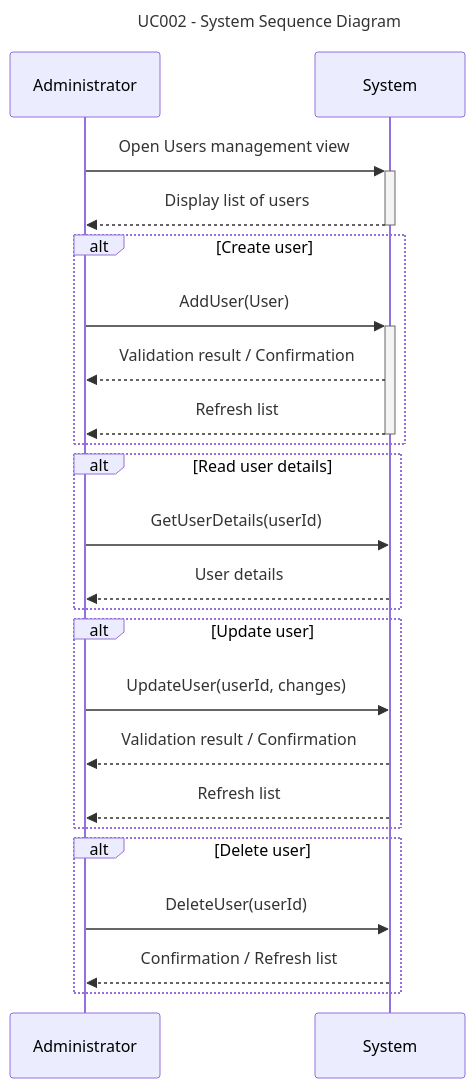
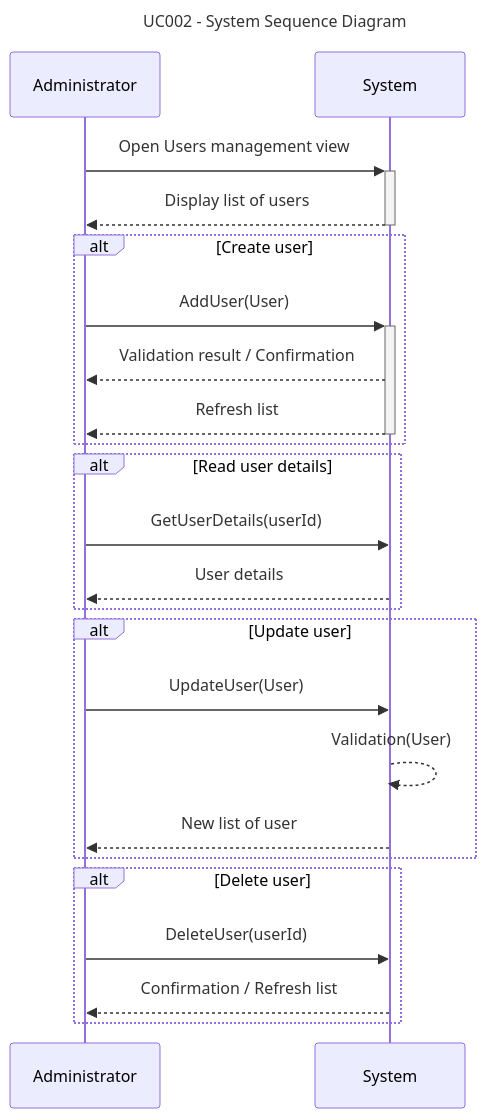
One commit to DMOoF25-TEAM11/ArlaNatureConnect changed the diagram in docs/UseCase002-AdministrateFarmsAndUsers/UC002-SSD.md. Above: the diagram before and after it, drawn with Mermaid. The commit also changed 4 other files, not shown here.

````diff
--- a/docs/UseCase002-AdministrateFarmsAndUsers/UC002-SSD.md
+++ b/docs/UseCase002-AdministrateFarmsAndUsers/UC002-SSD.md
@@ -1,34 +1,33 @@
 ```mermaid
 ---
 title: UC002 - System Sequence Diagram
 ---
 sequenceDiagram
     participant Admin as Administrator
     participant System as System
 
     Admin->>+System: Open Users management view
     System-->>-Admin: Display list of users
-
 
     alt Create user
         Admin->>+System: AddUser(User)
         System-->>Admin: Validation result / Confirmation
         System-->>-Admin: Refresh list
     end
 
     alt Read user details
         Admin->>System: GetUserDetails(userId)
         System-->>Admin: User details
     end
 
     alt Update user
-        Admin->>System: UpdateUser(userId, changes)
-        System-->>Admin: Validation result / Confirmation
-        System-->>Admin: Refresh list
+        Admin->>System: UpdateUser(User)
+        System-->>System: Validation(User)
+        System-->>Admin: New list of user
     end
 
     alt Delete user
         Admin->>System: DeleteUser(userId)
         System-->>Admin: Confirmation / Refresh list
     end
 ```
````
